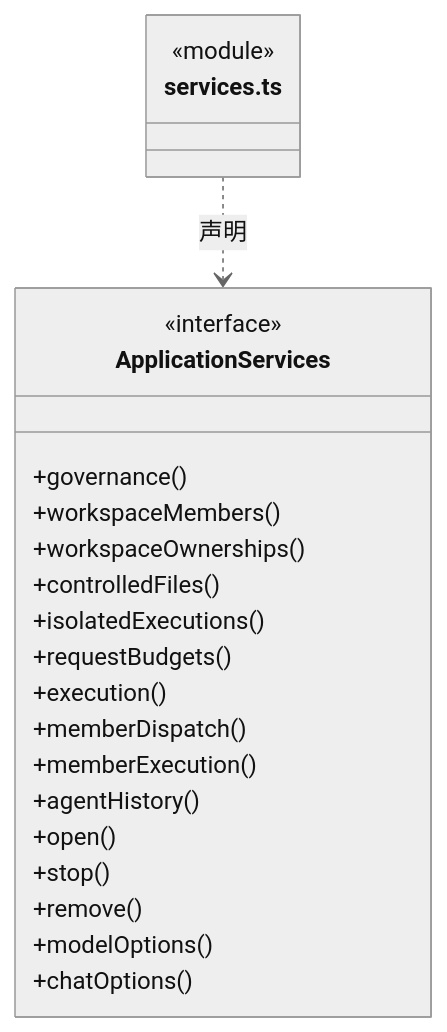
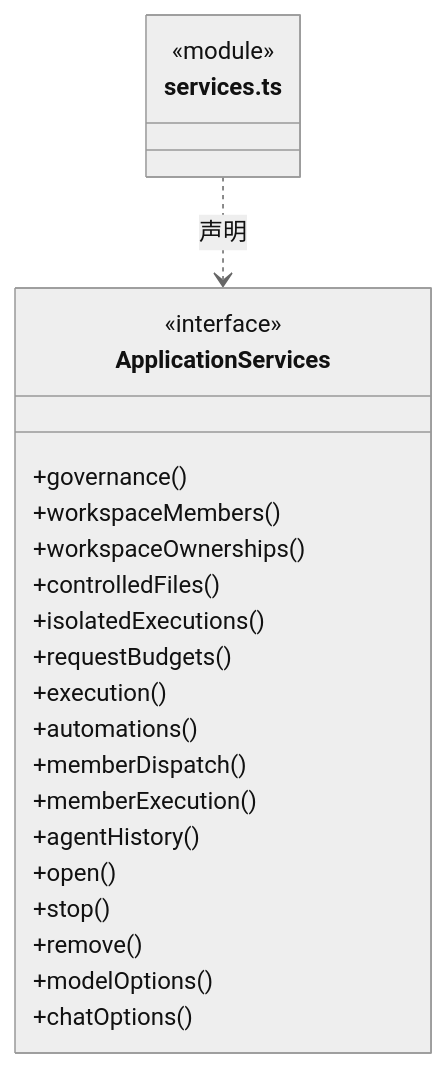
Before and after one commit to nan023062/cbim: the seventh of 9 diagrams in src/backend/main/ipc/ARCHITECTURE.md, drawn with Mermaid (neutral theme). The commit also changed other lines of this file and 47 other files, not shown here.

````diff
--- a/src/backend/main/ipc/ARCHITECTURE.md
+++ b/src/backend/main/ipc/ARCHITECTURE.md
@@ -88,25 +113,26 @@
 ```mermaid
 classDiagram
 class N_src_backend_main_ipc_services_ts["services.ts"] {
   <<module>>
 }
 class N_src_backend_main_ipc_services_ts_ApplicationServices["ApplicationServices"] {
   <<interface>>
   +governance()
   +workspaceMembers()
   +workspaceOwnerships()
   +controlledFiles()
   +isolatedExecutions()
   +requestBudgets()
   +execution()
+  +automations()
   +memberDispatch()
   +memberExecution()
   +agentHistory()
   +open()
   +stop()
   +remove()
   +modelOptions()
   +chatOptions()
 }
 N_src_backend_main_ipc_services_ts ..> N_src_backend_main_ipc_services_ts_ApplicationServices : 声明
 ```
````
